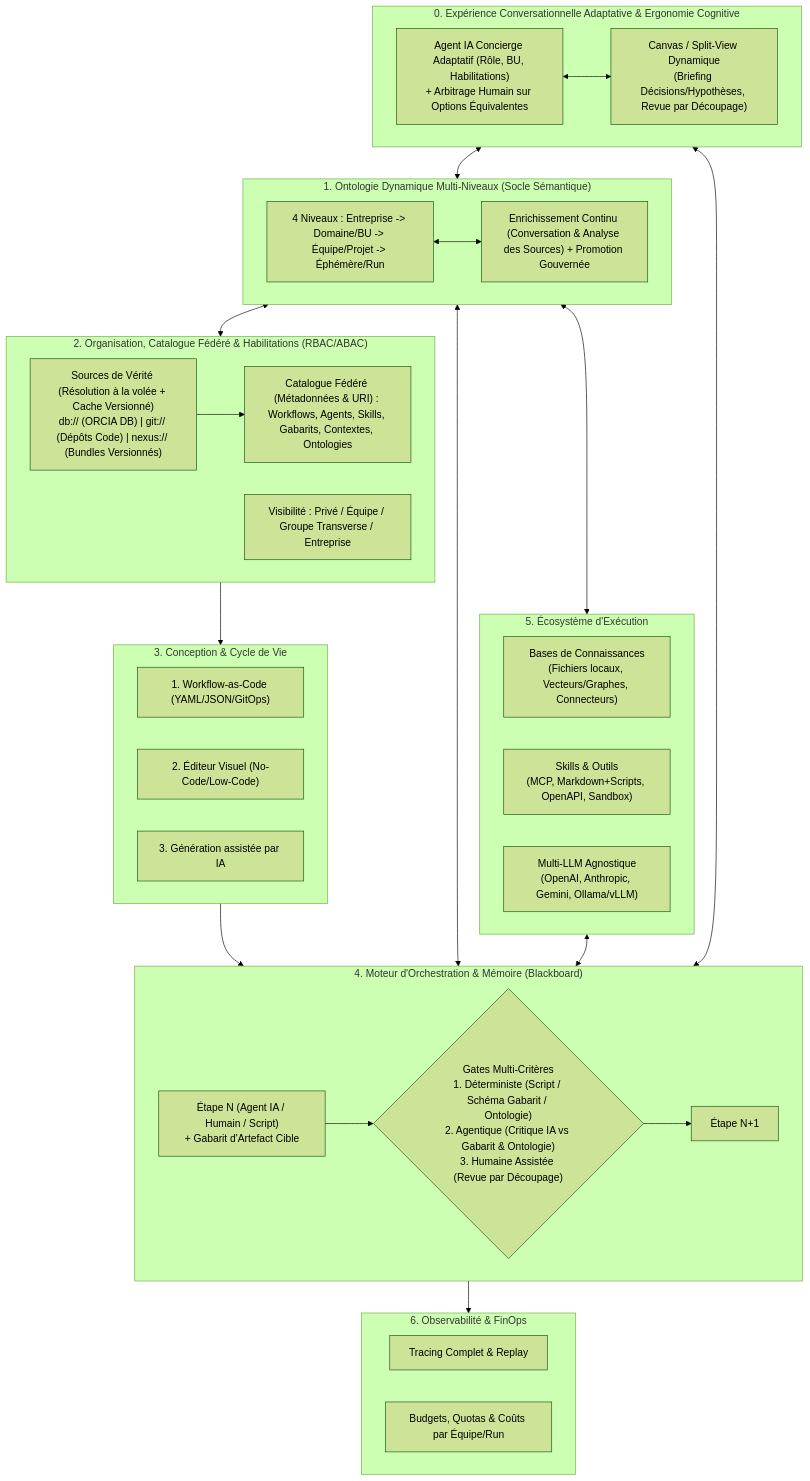
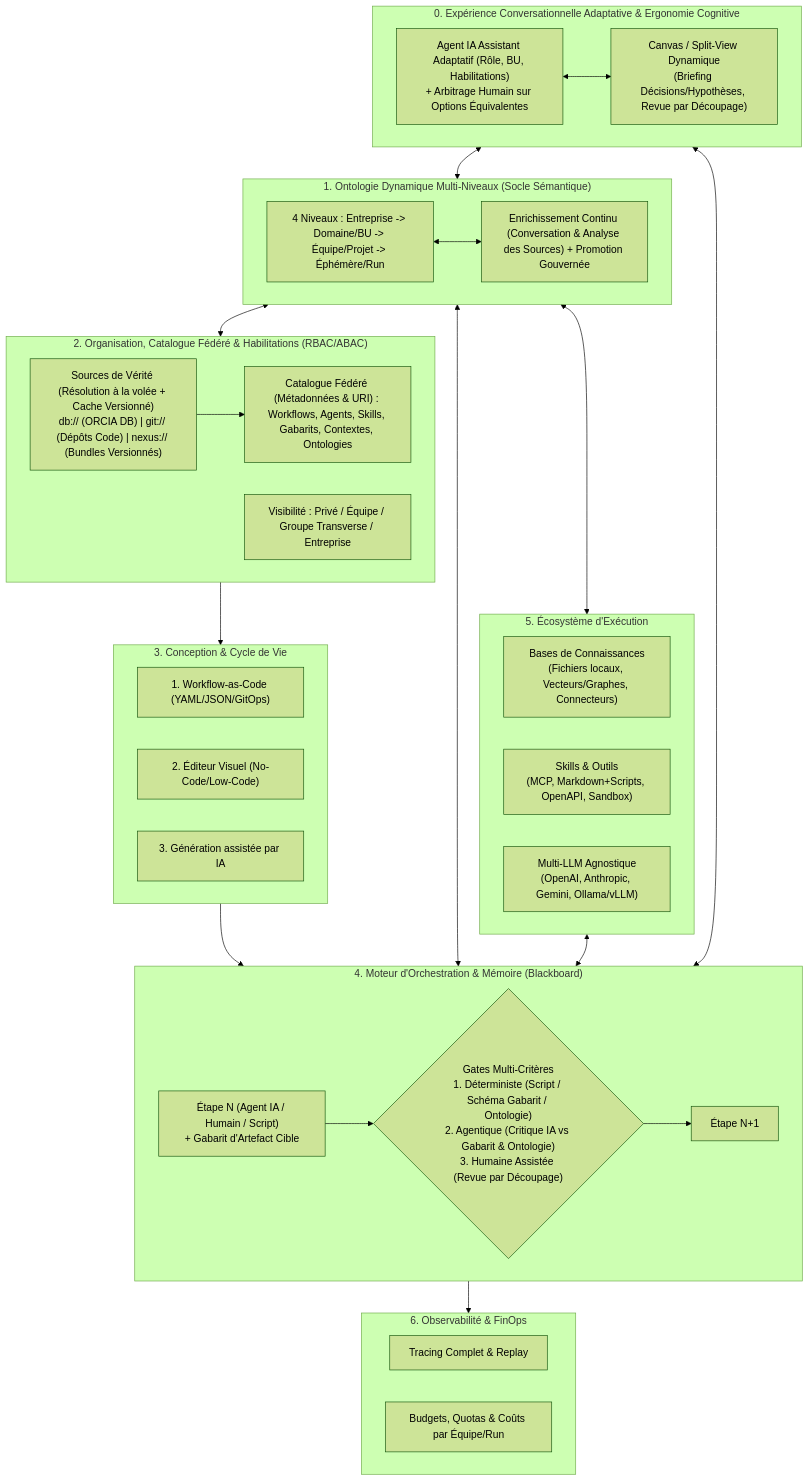
One commit to rom1es/ORCIA changed the diagram in docs/project-brief.md. Above: the diagram before and after it, drawn with Mermaid (forest theme). The commit also changed other lines of this file and 36 other files, not shown here.

Commit message:
refactor(assistant): rename Concierge agent to Assistant across core, UI, web, and docs

````diff
--- a/docs/project-brief.md
+++ b/docs/project-brief.md
@@ -37,54 +37,54 @@
 ```mermaid
 flowchart TB
     subgraph UX["0. Expérience Conversationnelle Adaptative & Ergonomie Cognitive"]
-        Chat["Agent IA Concierge Adaptatif (Rôle, BU, Habilitations)\n+ Arbitrage Humain sur Options Équivalentes"]
+        Chat["Agent IA Assistant Adaptatif (Rôle, BU, Habilitations)\n+ Arbitrage Humain sur Options Équivalentes"]
         Canvas["Canvas / Split-View Dynamique\n(Briefing Décisions/Hypothèses, Revue par Découpage)"]
         Chat <--> Canvas
     end
 
     subgraph Onto["1. Ontologie Dynamique Multi-Niveaux (Socle Sémantique)"]
         Levels["4 Niveaux : Entreprise -> Domaine/BU -> Équipe/Projet -> Éphémère/Run"]
         Evo["Enrichissement Continu (Conversation & Analyse des Sources) + Promotion Gouvernée"]
         Levels <--> Evo
     end
 
     subgraph Org["2. Organisation, Catalogue Fédéré & Habilitations (RBAC/ABAC)"]
         Cat["Catalogue Fédéré (Métadonnées & URI) : Workflows, Agents, Skills, Gabarits, Contextes, Ontologies"]
         Sources["Sources de Vérité (Résolution à la volée + Cache Versionné)\ndb:// (ORCIA DB) | git:// (Dépôts Code) | nexus:// (Bundles Versionnés)"]
         Perm["Visibilité : Privé / Équipe / Groupe Transverse / Entreprise"]
         Sources --> Cat
     end
 
     subgraph Def["3. Conception & Cycle de Vie"]
         Code["1. Workflow-as-Code (YAML/JSON/GitOps)"]
         Visual["2. Éditeur Visuel (No-Code/Low-Code)"]
         Gen["3. Génération assistée par IA"]
     end
 
     subgraph Engine["4. Moteur d'Orchestration & Mémoire (Blackboard)"]
         Step1["Étape N (Agent IA / Humain / Script)\n+ Gabarit d'Artefact Cible"]
         Gates{"Gates Multi-Critères\n1. Déterministe (Script / Schéma Gabarit / Ontologie)\n2. Agentique (Critique IA vs Gabarit & Ontologie)\n3. Humaine Assistée (Revue par Découpage)"}
         Step2["Étape N+1"]
         Step1 --> Gates --> Step2
     end
 
     subgraph Ecosystem["5. Écosystème d'Exécution"]
         KB["Bases de Connaissances\n(Fichiers locaux, Vecteurs/Graphes, Connecteurs)"]
         Skills["Skills & Outils\n(MCP, Markdown+Scripts, OpenAPI, Sandbox)"]
         LLM["Multi-LLM Agnostique\n(OpenAI, Anthropic, Gemini, Ollama/vLLM)"]
     end
 
     subgraph Obs["6. Observabilité & FinOps"]
         Trace["Tracing Complet & Replay"]
         Cost["Budgets, Quotas & Coûts par Équipe/Run"]
     end
 
     UX <--> Onto
     Onto <--> Org
     Onto <--> Engine
     Onto <--> Ecosystem
     UX <--> Engine
     Org --> Def --> Engine
     Ecosystem <--> Engine
     Engine --> Obs
 ```
````
